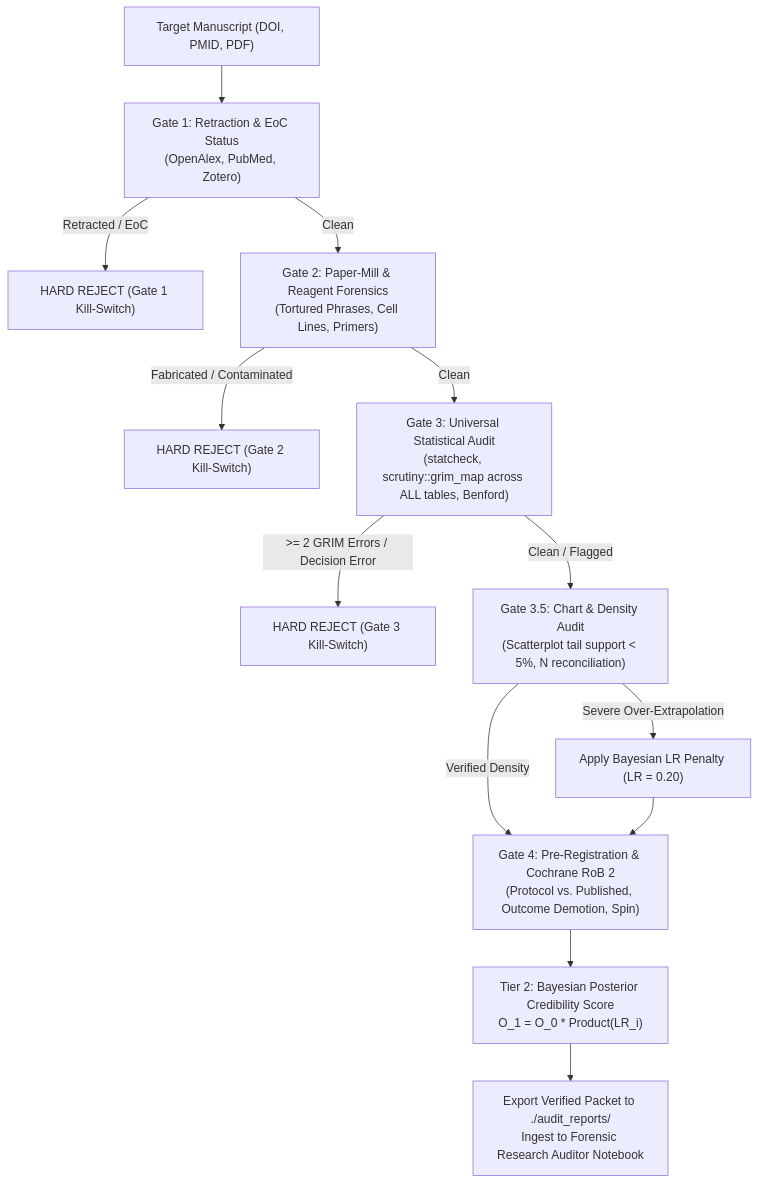
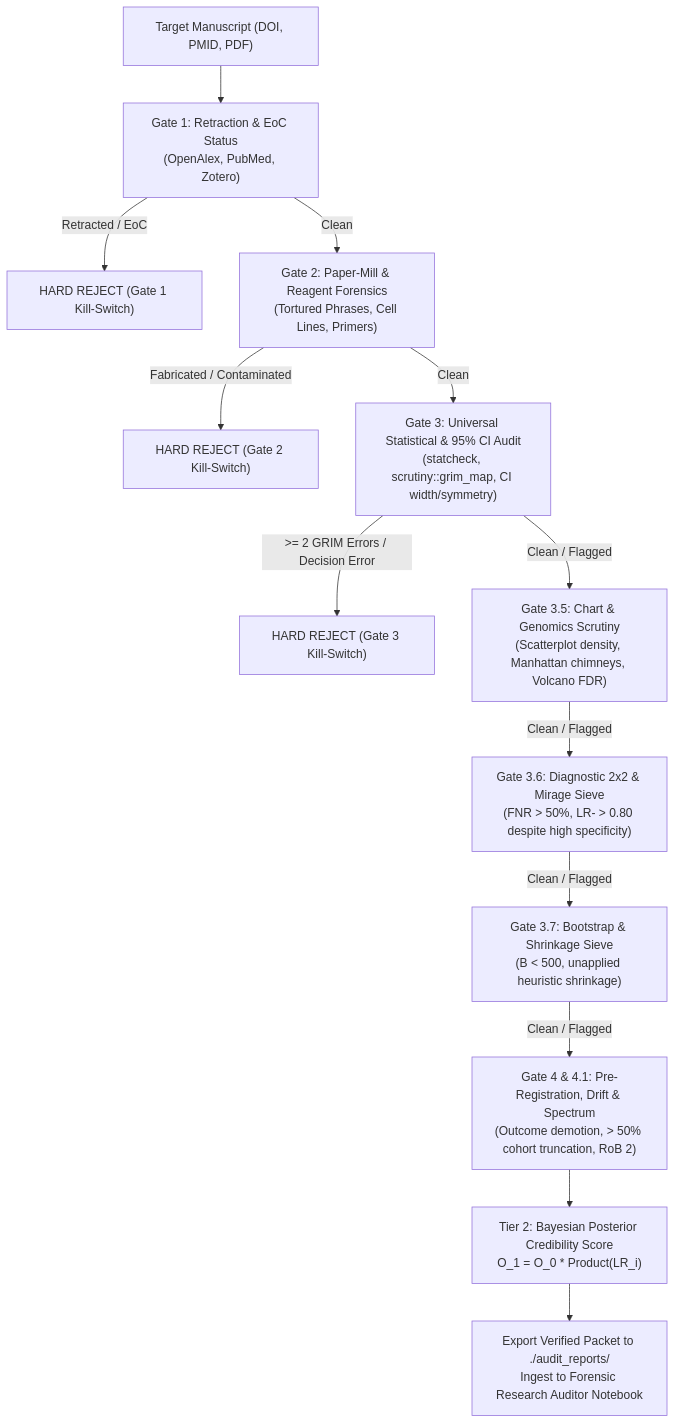
One commit to lauyeehow1986-hub/forensic_research_auditor changed the diagram in README.md. Above: the diagram before and after it, drawn with Mermaid. The commit also changed other lines of this file and 7 other files, not shown here.

````diff
--- a/README.md
+++ b/README.md
@@ -48,19 +49,20 @@
 ```mermaid
 flowchart TD
     Start["Target Manuscript (DOI, PMID, PDF)"] --> Gate1["Gate 1: Retraction & EoC Status\n(OpenAlex, PubMed, Zotero)"]
     Gate1 -- Retracted / EoC --> Halt1["HARD REJECT (Gate 1 Kill-Switch)"]
     Gate1 -- Clean --> Gate2["Gate 2: Paper-Mill & Reagent Forensics\n(Tortured Phrases, Cell Lines, Primers)"]
     
     Gate2 -- Fabricated / Contaminated --> Halt2["HARD REJECT (Gate 2 Kill-Switch)"]
-    Gate2 -- Clean --> Gate3["Gate 3: Universal Statistical Audit\n(statcheck, scrutiny::grim_map across ALL tables, Benford)"]
+    Gate2 -- Clean --> Gate3["Gate 3: Universal Statistical & 95% CI Audit\n(statcheck, scrutiny::grim_map, CI width/symmetry)"]
     
     Gate3 -- ">= 2 GRIM Errors / Decision Error" --> Halt3["HARD REJECT (Gate 3 Kill-Switch)"]
-    Gate3 -- Clean / Flagged --> Gate35["Gate 3.5: Chart & Density Audit\n(Scatterplot tail support < 5%, N reconciliation)"]
+    Gate3 -- Clean / Flagged --> Gate35["Gate 3.5: Chart & Genomics Scrutiny\n(Scatterplot density, Manhattan chimneys, Volcano FDR)"]
     
-    Gate35 -- Severe Over-Extrapolation --> Pen1["Apply Bayesian LR Penalty (LR = 0.20)"]
-    Gate35 -- Verified Density --> Gate4["Gate 4: Pre-Registration & Cochrane RoB 2\n(Protocol vs. Published, Outcome Demotion, Spin)"]
-    Pen1 --> Gate4
+    Gate35 -- Clean / Flagged --> Gate36["Gate 3.6: Diagnostic 2x2 & Mirage Sieve\n(FNR > 50%, LR- > 0.80 despite high specificity)"]
+    Gate36 -- Clean / Flagged --> Gate37["Gate 3.7: Bootstrap & Shrinkage Sieve\n(B < 500, unapplied heuristic shrinkage)"]
+    
+    Gate37 -- Clean / Flagged --> Gate4["Gate 4 & 4.1: Pre-Registration, Drift & Spectrum\n(Outcome demotion, > 50% cohort truncation, RoB 2)"]
     
     Gate4 --> Tier2["Tier 2: Bayesian Posterior Credibility Score\nO_1 = O_0 * Product(LR_i)"]
     Tier2 --> Report["Export Verified Packet to ./audit_reports/\nIngest to Forensic Research Auditor Notebook"]
 ```
````
